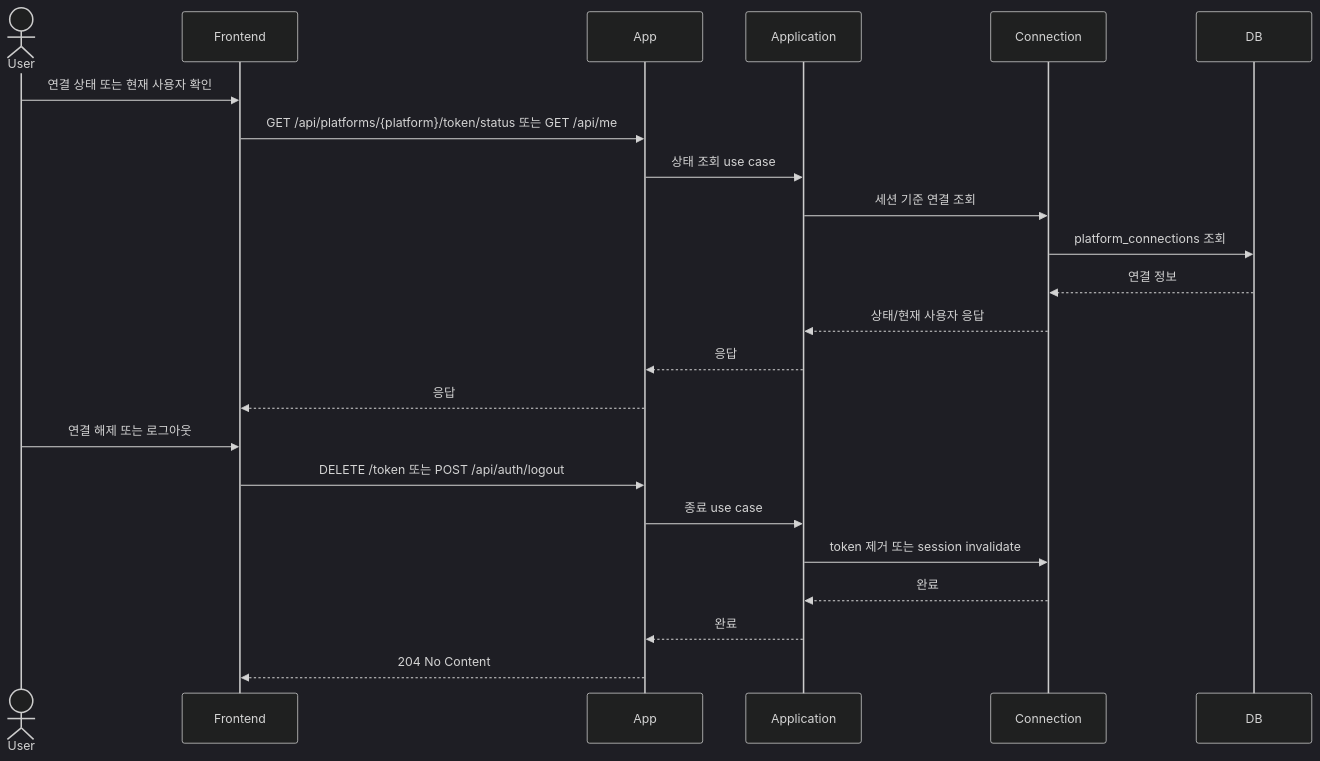
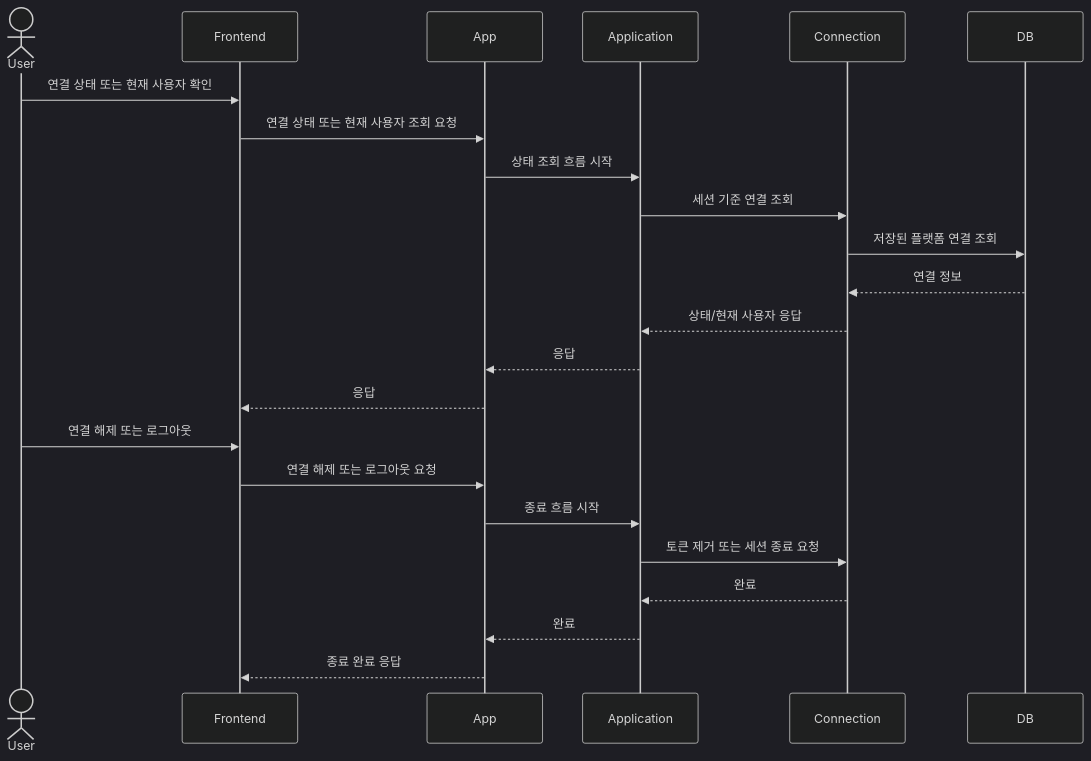
One commit to Jungwoook/github-issue-manager changed the second of 11 diagrams in docs/11-use-case-sequence-diagrams.md. Above: the diagram before and after it, drawn with Mermaid (dark theme). The commit also changed other lines of this file and 3 other files, not shown here.

````diff
--- a/docs/11-use-case-sequence-diagrams.md
+++ b/docs/11-use-case-sequence-diagrams.md
@@ -46,27 +49,27 @@
 ```mermaid
 sequenceDiagram
     actor User
     participant Frontend
     participant App
     participant Application
     participant Connection
     participant DB
 
     User->>Frontend: 연결 상태 또는 현재 사용자 확인
-    Frontend->>App: GET /api/platforms/{platform}/token/status 또는 GET /api/me
-    App->>Application: 상태 조회 use case
+    Frontend->>App: 연결 상태 또는 현재 사용자 조회 요청
+    App->>Application: 상태 조회 흐름 시작
     Application->>Connection: 세션 기준 연결 조회
-    Connection->>DB: platform_connections 조회
+    Connection->>DB: 저장된 플랫폼 연결 조회
     DB-->>Connection: 연결 정보
     Connection-->>Application: 상태/현재 사용자 응답
     Application-->>App: 응답
     App-->>Frontend: 응답
 
     User->>Frontend: 연결 해제 또는 로그아웃
-    Frontend->>App: DELETE /token 또는 POST /api/auth/logout
-    App->>Application: 종료 use case
-    Application->>Connection: token 제거 또는 session invalidate
+    Frontend->>App: 연결 해제 또는 로그아웃 요청
+    App->>Application: 종료 흐름 시작
+    Application->>Connection: 토큰 제거 또는 세션 종료 요청
     Connection-->>Application: 완료
     Application-->>App: 완료
-    App-->>Frontend: 204 No Content
+    App-->>Frontend: 종료 완료 응답
 ```
````
